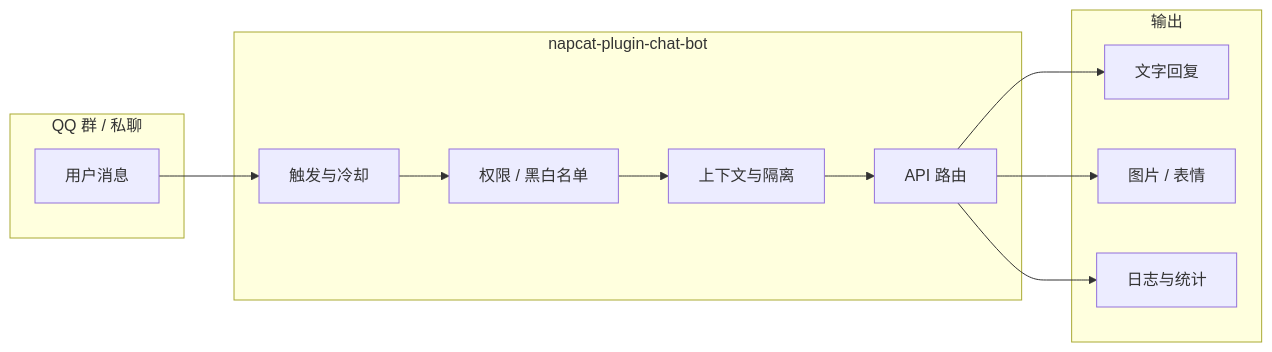
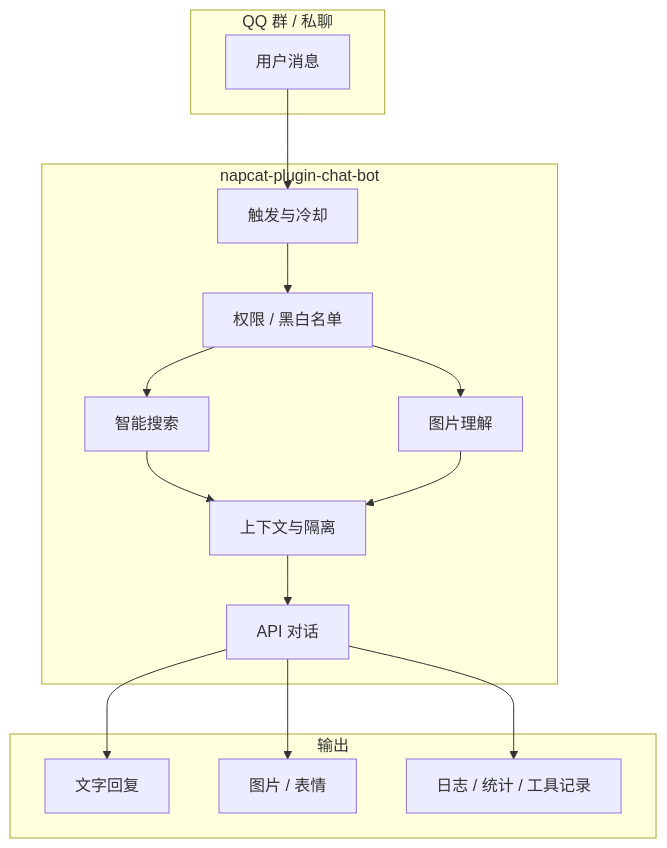
Before and after one commit to napcat-juice/napcat-ai-chatbot: the diagram in README.md, drawn with Mermaid. The commit also changed other lines of this file, not shown here.

````diff
--- a/README.md
+++ b/README.md
@@ -51,21 +54,28 @@
 ```mermaid
-flowchart LR
+flowchart TB
   subgraph QQ["QQ 群 / 私聊"]
     U[用户消息]
   end
   subgraph Plugin["napcat-plugin-chat-bot"]
     T[触发与冷却]
     P[权限 / 黑白名单]
+    S[智能搜索]
+    V[图片理解]
     C[上下文与隔离]
-    A[API 路由]
+    A[API 对话]
   end
   subgraph Out["输出"]
     R[文字回复]
     I[图片 / 表情]
-    L[日志与统计]
+    L[日志 / 统计 / 工具记录]
   end
-  U --> T --> P --> C --> A
+  U --> T --> P
+  P --> S
+  P --> V
+  S --> C
+  V --> C
+  C --> A
   A --> R
   A --> I
   A --> L
 ```
````
